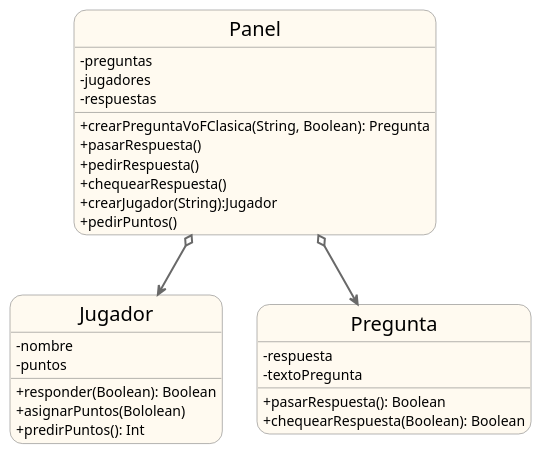
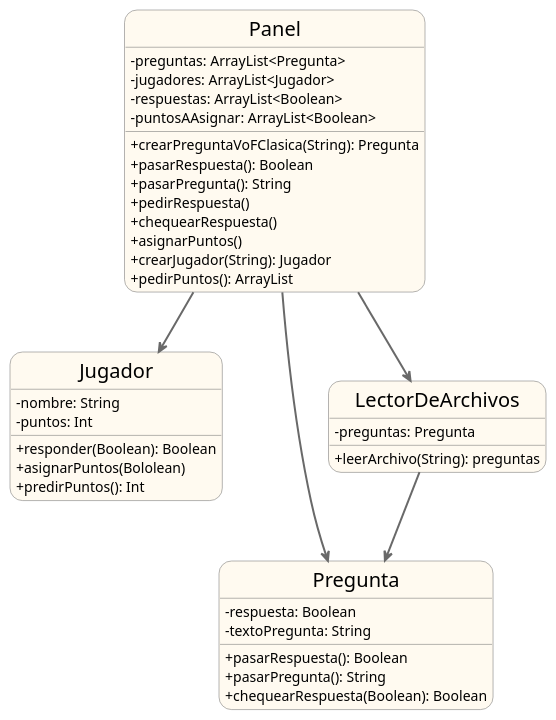
The diagram in UML/Diagrama de clases/Entraga0_diagramaClases.puml (fvazquezf/TP_2_Algo_3), drawn with PlantUML before and after one commit. The commit also changed 1 other file, not shown here.

Commit message:
Update: Actualizo diagrama de clases con lectorDeArchivos
se agrega lectorDeArchivos al diagrama
completo tipo de variables
saco el diagram de secuencias que ya no va aca

```diff
--- a/UML/Diagrama de clases/Entraga0_diagramaClases.puml
+++ b/UML/Diagrama de clases/Entraga0_diagramaClases.puml
@@ -1,45 +1,56 @@
 @startuml TP2
 hide circle
 skinparam classAttributeIconSize 0
 skinparam roundcorner 25
 skinparam sequenceArrowThickness 2
 skinparam classFontSize 20
 
 skinparam class {
 BackgroundColor FloralWhite
 ArrowColor DimGray
 BorderColor DimGray
 }
 
 class Panel{
-       - preguntas
-       - jugadores
-       - respuestas
-       + crearPreguntaVoFClasica(String, Boolean): Pregunta
-       + pasarRespuesta()
+       - preguntas: ArrayList<Pregunta>
+       - jugadores: ArrayList<Jugador>
+       - respuestas: ArrayList<Boolean>
+       - puntosAAsignar: ArrayList<Boolean>
+       + crearPreguntaVoFClasica(String): Pregunta
+       + pasarRespuesta(): Boolean
+       + pasarPregunta(): String
        + pedirRespuesta()
        + chequearRespuesta()
-       + crearJugador(String):Jugador
-       + pedirPuntos()
+       + asignarPuntos()
+       + crearJugador(String): Jugador
+       + pedirPuntos(): ArrayList
 }
 
 class Jugador{
-        - nombre
-        - puntos
+        - nombre: String
+        - puntos: Int
         + responder(Boolean): Boolean
         + asignarPuntos(Bololean)
         + predirPuntos(): Int
 }
 
 
 class Pregunta{
-        - respuesta
-        - textoPregunta
+        - respuesta: Boolean
+        - textoPregunta: String
         + pasarRespuesta(): Boolean
+        + pasarPregunta(): String
         + chequearRespuesta(Boolean): Boolean
 }
 
-Panel o--> Jugador
-Panel o--> Pregunta
+class LectorDeArchivos{
+        -preguntas: Pregunta
+        +leerArchivo(String): preguntas
+}
+
+Panel --> Jugador
+Panel --> Pregunta
+Panel --> LectorDeArchivos
+LectorDeArchivos --> Pregunta
 
 @enduml
```
